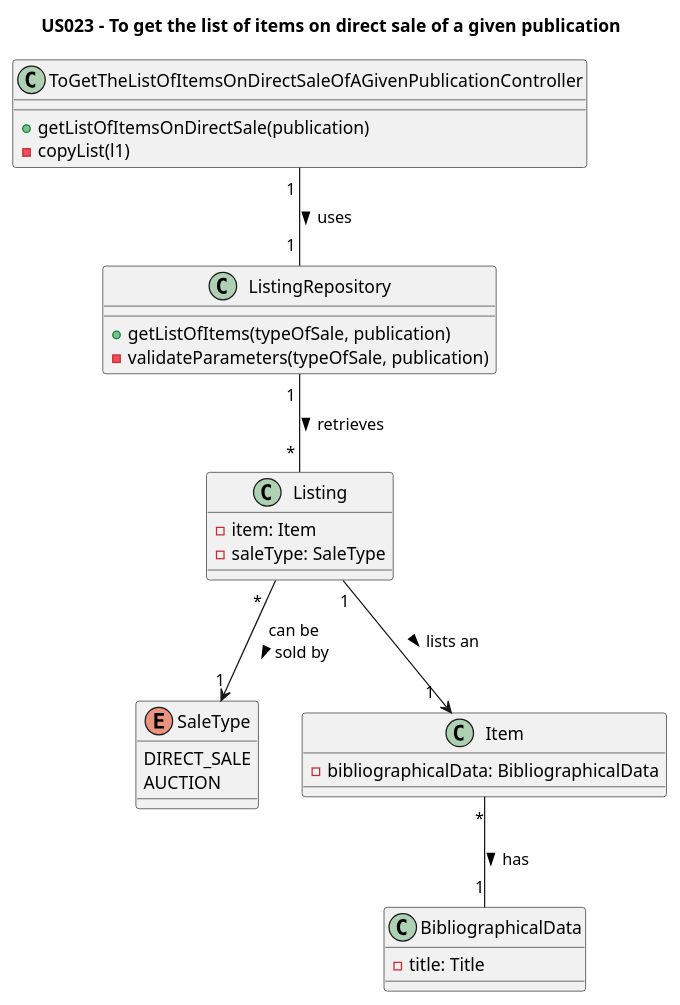
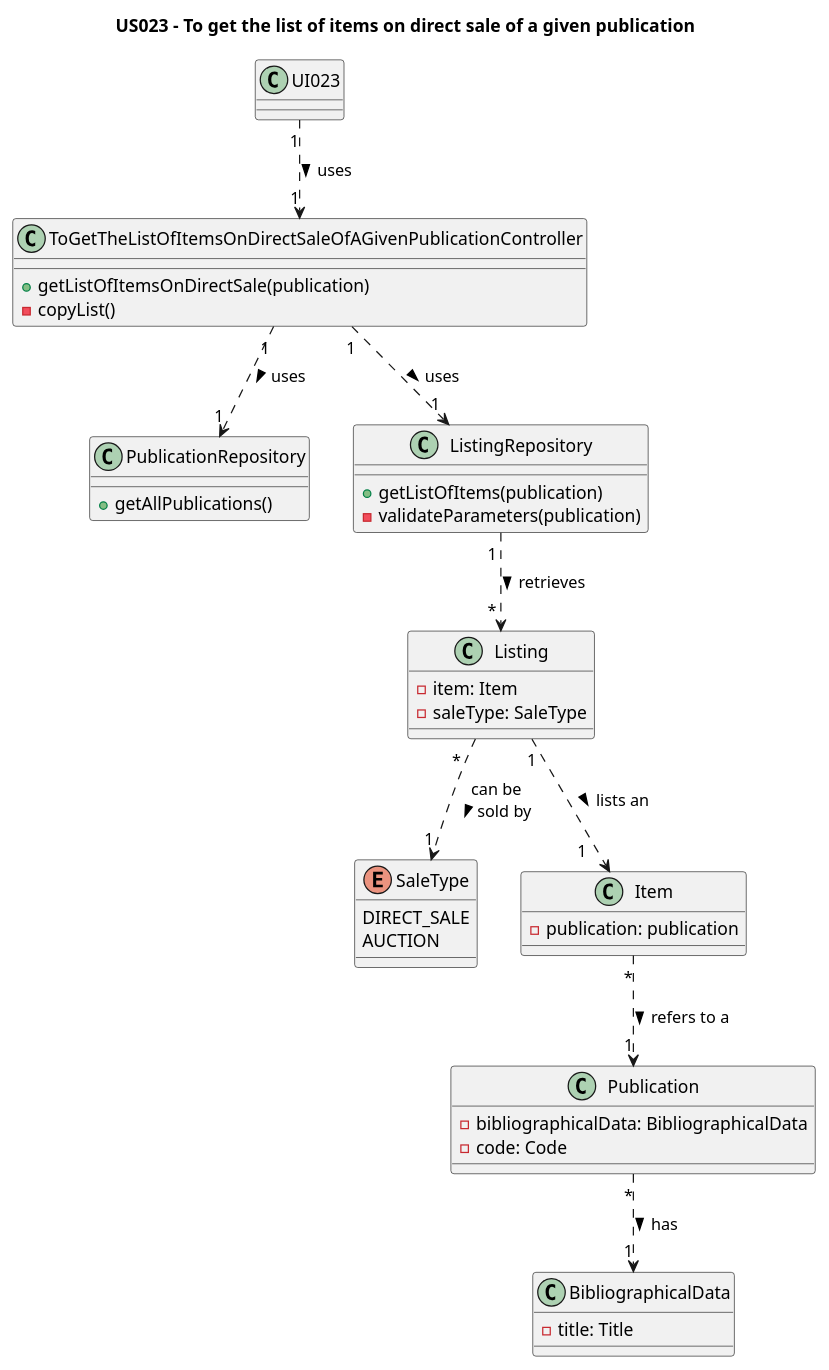
Before and after one commit to AndrePereiraGitH/SWitCH-Project-Team_A: the diagram in Diagrams/ClassDiagrams/US023-to-get-the-list-of-items-on-direct-sale-of-a-given-publication.puml, drawn with PlantUML. The commit also changed 6 other files, not shown here.

```diff
--- a/Diagrams/ClassDiagrams/US023-to-get-the-list-of-items-on-direct-sale-of-a-given-publication.puml
+++ b/Diagrams/ClassDiagrams/US023-to-get-the-list-of-items-on-direct-sale-of-a-given-publication.puml
@@ -1,41 +1,62 @@
 @startuml
 title US023 - To get the list of items on direct sale of a given publication
 
+class UI023{
+
+}
+
 class ToGetTheListOfItemsOnDirectSaleOfAGivenPublicationController {
   +getListOfItemsOnDirectSale(publication)
-  -copyList(l1)
+  -copyList()
+}
+
+class PublicationRepository{
+    +getAllPublications()
 }
 
 class ListingRepository {
-  +getListOfItems(typeOfSale, publication)
+  +getListOfItems(publication)
   ' -convertStringToEnum(typeOfSale, publication)
-  -validateParameters(typeOfSale, publication)
+  -validateParameters(publication)
 }
 
 class Listing {
   - item: Item
   - saleType: SaleType
 }
 
 enum SaleType {
     DIRECT_SALE
     AUCTION
 }
 
+'class Item {
+'    - bibliographicalData: BibliographicalData
+'}
+
 class Item {
+    - publication: publication
+}
+
+class Publication {
     - bibliographicalData: BibliographicalData
+    - code: Code
 }
 
 class BibliographicalData {
     - title: Title
 }
 
 ' Interactions
 
-ToGetTheListOfItemsOnDirectSaleOfAGivenPublicationController  "1 " -- "1 " ListingRepository : uses >
-ListingRepository "1 " -- " * " Listing : retrieves >
-Listing "                                *" --> "1" SaleType : can be\nsold by >
-Listing "1"--> "1  " Item : lists an >
-Item "*" -- "1" BibliographicalData: has >
+UI023 "1" ..> "1" ToGetTheListOfItemsOnDirectSaleOfAGivenPublicationController : uses >
+ToGetTheListOfItemsOnDirectSaleOfAGivenPublicationController  "1 " ..> "1" ListingRepository : uses >
+ToGetTheListOfItemsOnDirectSaleOfAGivenPublicationController "1" ..> "1" PublicationRepository: uses >
+ListingRepository "1 " ..> " * " Listing : retrieves >
+Listing "                                *" ..> "1" SaleType : can be\nsold by >
+Listing "1" ..> "1    " Item : lists an >
+' Item "*" -- "1" BibliographicalData: has >
+Item "*" ..> "1" Publication: refers to a >
+Publication "*" ..> "1" BibliographicalData: has >
 
 @enduml
```
